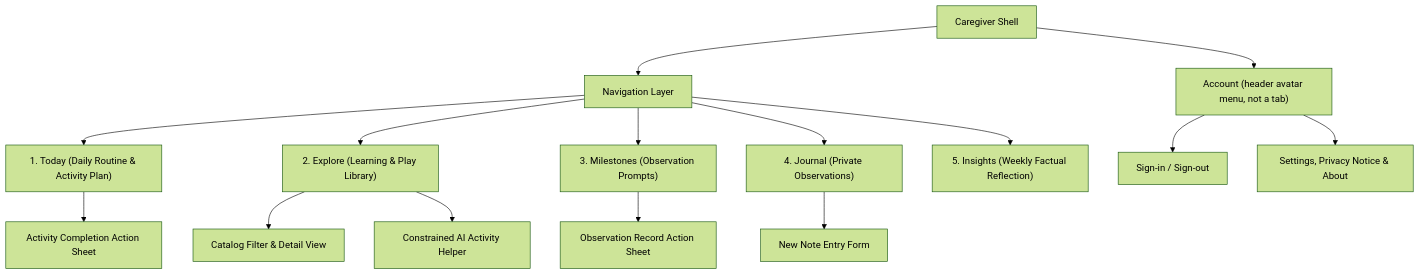
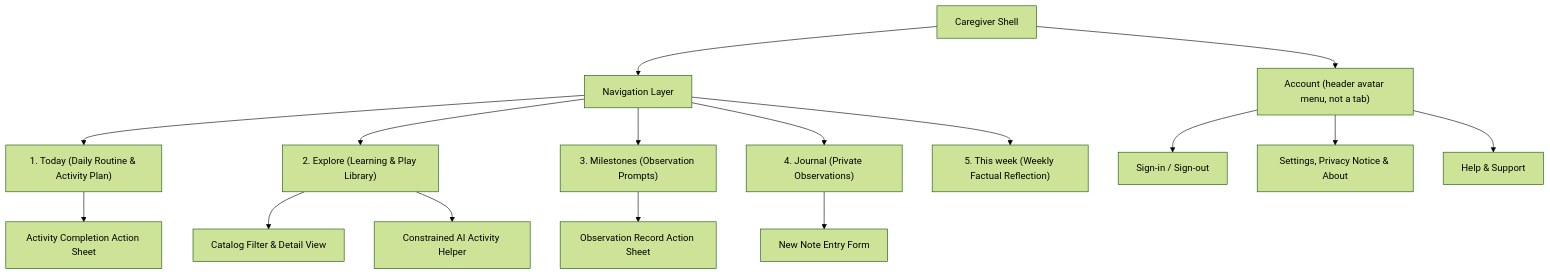
The third of 3 diagrams in docs/ui-ux-design-specification.md (Thesis-Titans/littlesteps-docs), drawn with Mermaid (forest theme) before and after one commit. The commit also changed other lines of this file and 3 other files, not shown here.

````diff
--- a/docs/ui-ux-design-specification.md
+++ b/docs/ui-ux-design-specification.md
@@ -135,18 +150,19 @@
 ```mermaid
 graph TD
     Root["Caregiver Shell"] --> Nav["Navigation Layer"]
     Nav --> D1["1. Today (Daily Routine & Activity Plan)"]
     Nav --> D2["2. Explore (Learning & Play Library)"]
     Nav --> D3["3. Milestones (Observation Prompts)"]
     Nav --> D4["4. Journal (Private Observations)"]
-    Nav --> D5["5. Insights (Weekly Factual Reflection)"]
+    Nav --> D5["5. This week (Weekly Factual Reflection)"]
     
     D1 --> Mod1["Activity Completion Action Sheet"]
     D2 --> Mod2["Catalog Filter & Detail View"]
     D2 --> Mod3["Constrained AI Activity Helper"]
     D3 --> Mod4["Observation Record Action Sheet"]
     D4 --> Mod5["New Note Entry Form"]
     Root --> Acct["Account (header avatar menu, not a tab)"]
     Acct --> A1["Sign-in / Sign-out"]
     Acct --> A2["Settings, Privacy Notice & About"]
+    Acct --> A3["Help & Support"]
 ```
````
